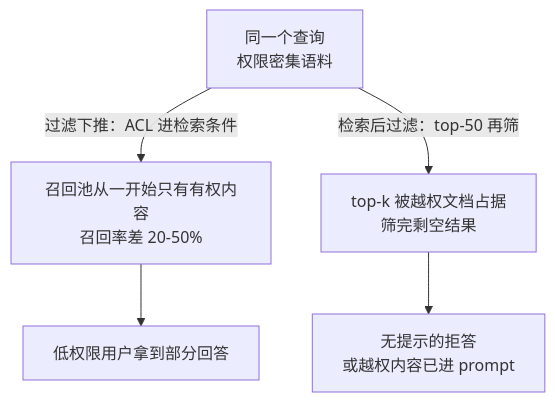
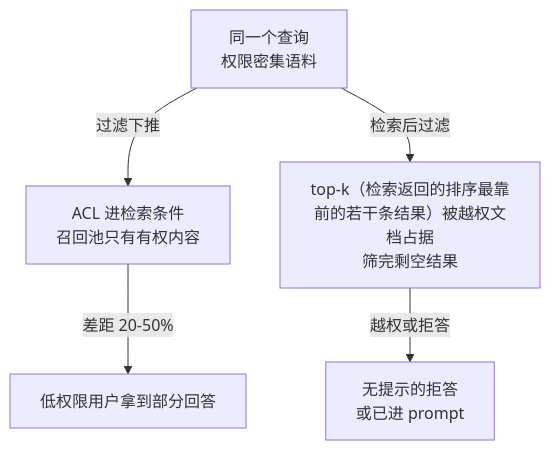
Before and after one commit to hub138/technical-knowledge: the second of 2 diagrams in vault/工程知识/AI 系统工程：从模型能力到生产能力/知识与检索/RAG的新鲜度与权限传播：撤回的数据不能再被检索到.md, drawn with Mermaid. The commit also changed other lines of this file and 622 other files, not shown here.

````diff
--- a/vault/工程知识/AI 系统工程：从模型能力到生产能力/知识与检索/RAG的新鲜度与权限传播：撤回的数据不能再被检索到.md
+++ b/vault/工程知识/AI 系统工程：从模型能力到生产能力/知识与检索/RAG的新鲜度与权限传播：撤回的数据不能再被检索到.md
@@ -45,7 +60,7 @@
 ```mermaid
-graph TD
-    Q["同一个查询<br/>权限密集语料"] -->|"过滤下推：ACL 进检索条件"| A["召回池从一开始只有有权内容<br/>召回率差 20-50%"]
-    Q -->|"检索后过滤：top-50 再筛"| B["top-k 被越权文档占据<br/>筛完剩空结果"]
-    A --> C["低权限用户拿到部分回答"]
-    B --> D["无提示的拒答<br/>或越权内容已进 prompt"]
+flowchart TD
+    Q["同一个查询<br/>权限密集语料"] -->|"过滤下推"| A["ACL 进检索条件<br/>召回池只有有权内容"]
+    Q -->|"检索后过滤"| B["top-k（检索返回的排序最靠前的若干条结果）被越权文档占据<br/>筛完剩空结果"]
+    A -->|"差距 20-50%"| C["低权限用户拿到部分回答"]
+    B -->|"越权或拒答"| D["无提示的拒答<br/>或已进 prompt"]
 ```
````
